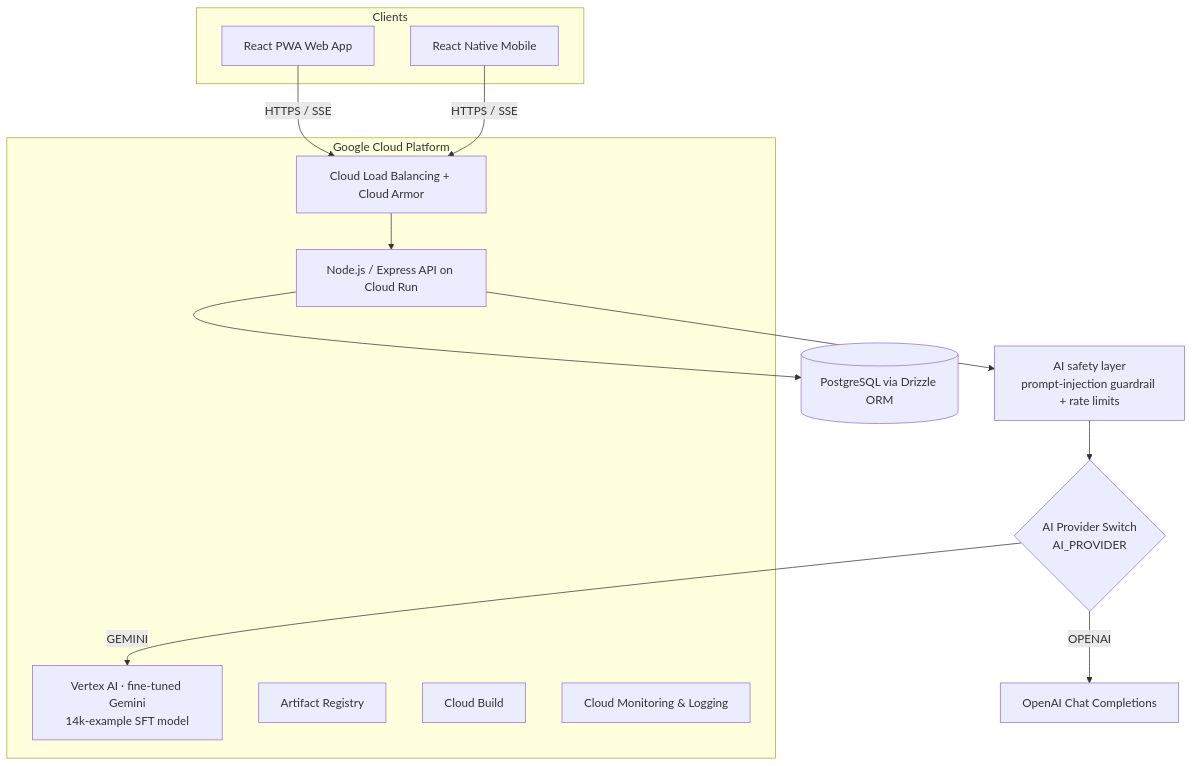
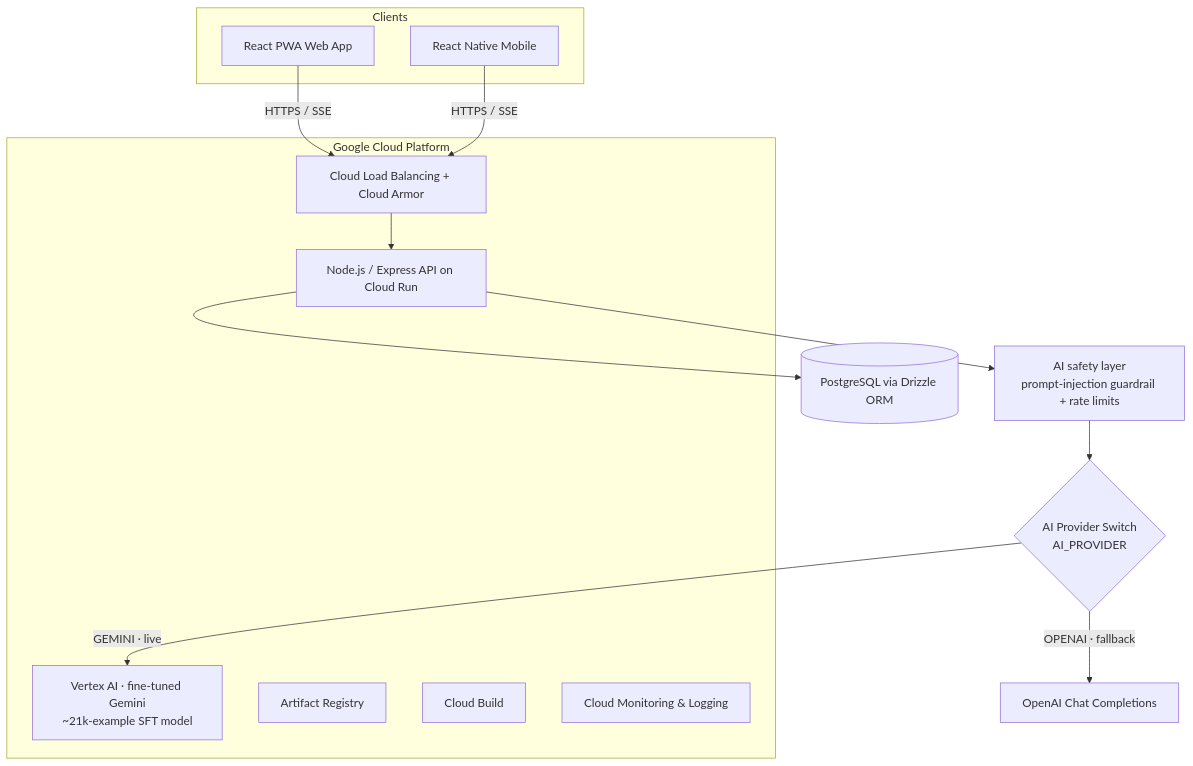
The diagram in README.md (SamuelHat2035/tunzafy-showcase), drawn with Mermaid before and after one commit. The commit also changed other lines of this file and 1 other file, not shown here.

Commit message:
Correct dataset to ~21k and Gemini-live provider story; founder voice

````diff
--- a/README.md
+++ b/README.md
@@ -134,27 +138,27 @@
 ```mermaid
 flowchart TD
     subgraph Clients
         W[React PWA Web App]
         M[React Native Mobile]
     end
 
     W -->|HTTPS / SSE| LB[Cloud Load Balancing + Cloud Armor]
     M -->|HTTPS / SSE| LB
     LB --> API[Node.js / Express API on Cloud Run]
 
     API --> SAFE[AI safety layer<br/>prompt-injection guardrail + rate limits]
     SAFE --> SW{AI Provider Switch<br/>AI_PROVIDER}
-    SW -->|OPENAI| OAI[OpenAI Chat Completions]
-    SW -->|GEMINI| VTX[Vertex AI · fine-tuned Gemini<br/>14k-example SFT model]
+    SW -->|GEMINI · live| VTX[Vertex AI · fine-tuned Gemini<br/>~21k-example SFT model]
+    SW -->|OPENAI · fallback| OAI[OpenAI Chat Completions]
 
     API --> DB[(PostgreSQL via Drizzle ORM)]
 
     subgraph GoogleCloud[Google Cloud Platform]
         LB
         API
         VTX
         AR[Artifact Registry]
         CB[Cloud Build]
         MON[Cloud Monitoring & Logging]
     end
 ```
````
